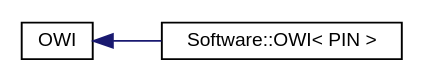
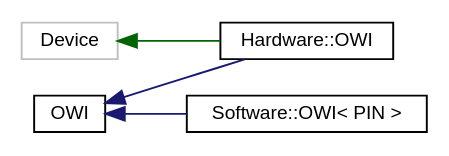
One commit to mikaelpatel/mikaelpatel.github.io changed the diagram in Arduino-OWI/inherit_graph_1.dot. Above: the diagram before and after it, drawn with Graphviz. The commit also changed 294 other files, not shown here.

Commit message:
Adding support for hardware (DS2482) based OWI bus manager

```diff
--- a/Arduino-OWI/inherit_graph_1.dot
+++ b/Arduino-OWI/inherit_graph_1.dot
@@ -1,9 +1,13 @@
 digraph "Graphical Class Hierarchy"
 {
   edge [fontname="Helvetica",fontsize="10",labelfontname="Helvetica",labelfontsize="10"];
   node [fontname="Helvetica",fontsize="10",shape=record];
   rankdir="LR";
   Node1 [label="OWI",height=0.2,width=0.4,color="black", fillcolor="white", style="filled",URL="$d7/d90/classOWI.html"];
   Node1 -> Node2 [dir="back",color="midnightblue",fontsize="10",style="solid",fontname="Helvetica"];
-  Node2 [label="Software::OWI\< PIN \>",height=0.2,width=0.4,color="black", fillcolor="white", style="filled",URL="$d0/de1/classSoftware_1_1OWI.html"];
+  Node2 [label="Hardware::OWI",height=0.2,width=0.4,color="black", fillcolor="white", style="filled",URL="$d3/d22/classHardware_1_1OWI.html"];
+  Node1 -> Node3 [dir="back",color="midnightblue",fontsize="10",style="solid",fontname="Helvetica"];
+  Node3 [label="Software::OWI\< PIN \>",height=0.2,width=0.4,color="black", fillcolor="white", style="filled",URL="$d0/de1/classSoftware_1_1OWI.html"];
+  Node4 [label="Device",height=0.2,width=0.4,color="grey75", fillcolor="white", style="filled"];
+  Node4 -> Node2 [dir="back",color="darkgreen",fontsize="10",style="solid",fontname="Helvetica"];
 }
```
